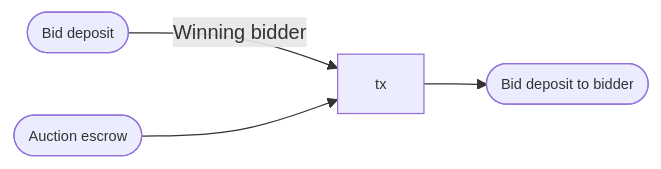
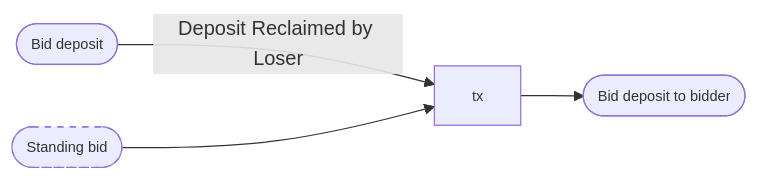
One commit to mlabs-haskell/hydra-auction changed diagram 17 of 23 in docs/on_chain_spec.md. Above: the diagram before and after it, drawn with Mermaid. The commit also changed other lines of this file, not shown here.

````diff
--- a/docs/on_chain_spec.md
+++ b/docs/on_chain_spec.md
@@ -581,9 +999,10 @@
 ```mermaid
 flowchart LR
-  input1([Bid deposit]) -- Winning bidder --> tx
-  input2([Auction escrow]) --> tx
+  input1([Bid deposit]) -- Deposit Reclaimed by Loser --> tx
+  input2([Standing bid]):::reference --> tx
   tx --> output1([Bid deposit to bidder])
+  tx
 
   classDef default font-size:90%, overflow:visible;
   classDef reference stroke-dasharray: 5 5;
 ```
````
